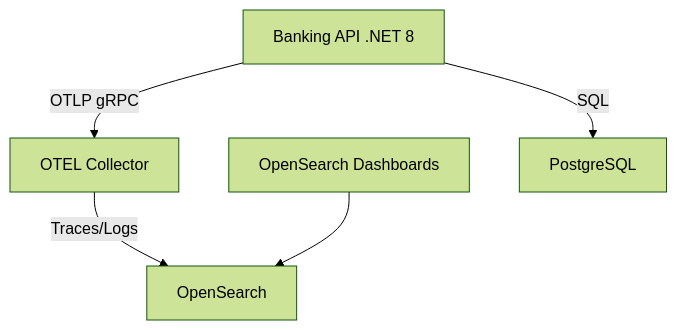
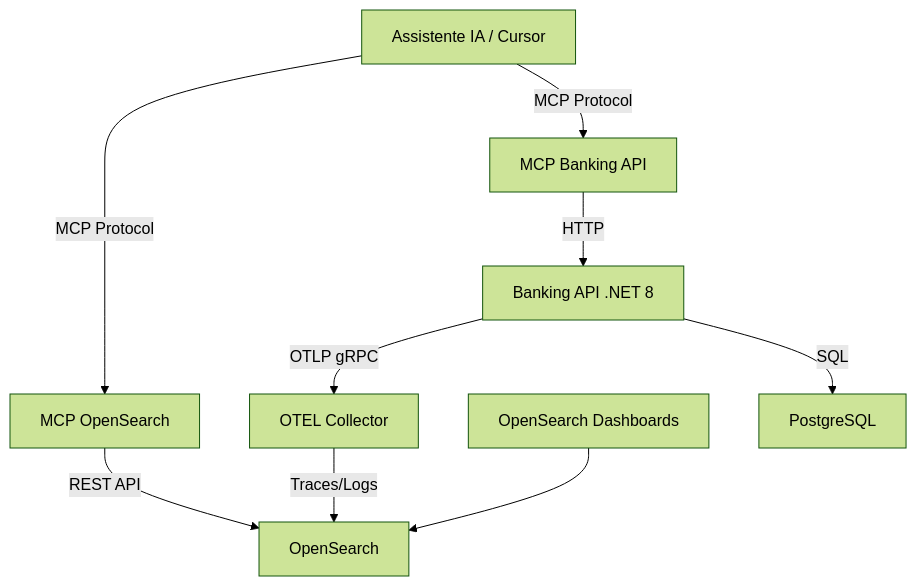
One commit to LeonardoGonSantos/banking-poc changed the diagram in README.md. Above: the diagram before and after it, drawn with Mermaid (forest theme). The commit also changed other lines of this file, not shown here.

Commit message:
Update README.md to reflect the integration of MCP Servers with the Banking API and OpenSearch, detailing project objectives, components, and usage examples for AI interaction. Enhance documentation on data flow, technical details, and troubleshooting steps for improved clarity and usability.

````diff
--- a/README.md
+++ b/README.md
@@ -16,7 +44,11 @@
 ```mermaid
 graph TD
-    A[Banking API .NET 8] -->|OTLP gRPC| B[OTEL Collector]
-    B -->|Traces/Logs| C[OpenSearch]
-    D[OpenSearch Dashboards] --> C
-    A -->|SQL| E[PostgreSQL]
+    AI[Assistente IA / Cursor] -->|MCP Protocol| MCP1[MCP Banking API]
+    AI -->|MCP Protocol| MCP2[MCP OpenSearch]
+    MCP1 -->|HTTP| API[Banking API .NET 8]
+    MCP2 -->|REST API| OS[OpenSearch]
+    API -->|OTLP gRPC| OTEL[OTEL Collector]
+    OTEL -->|Traces/Logs| OS
+    OSD[OpenSearch Dashboards] --> OS
+    API -->|SQL| PG[PostgreSQL]
 ```
````
